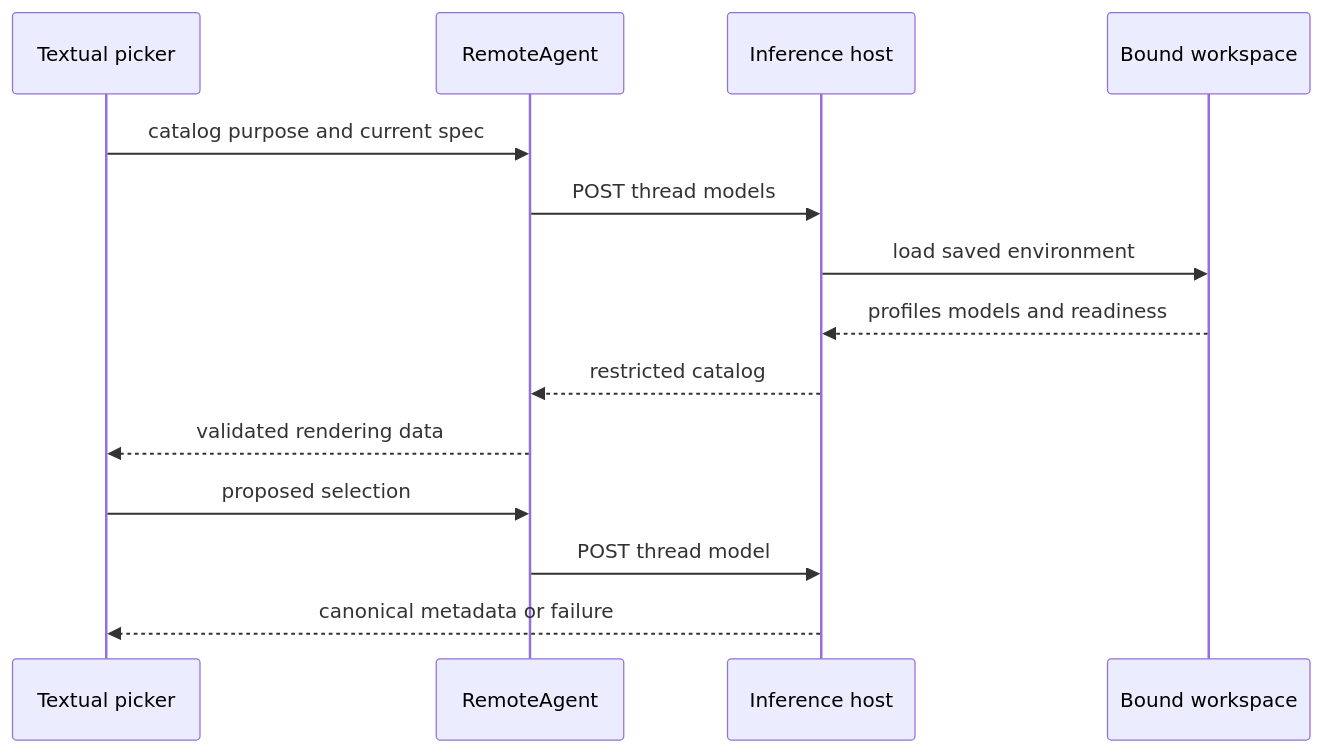
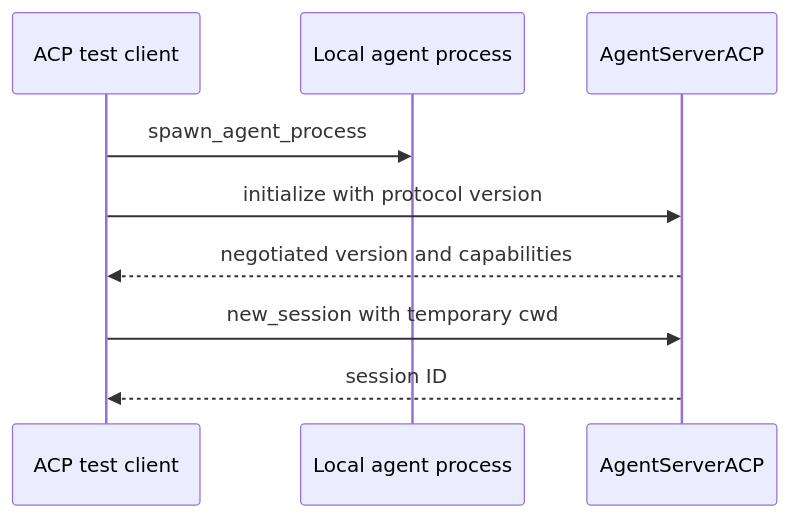
One commit to langchain-ai/deepagents changed the second of 3 diagrams in openwiki/testing/testing-guide.md. Above: the diagram before and after it, drawn with Mermaid. The commit also changed other lines of this file and 22 other files, not shown here.

````diff
--- a/openwiki/testing/testing-guide.md
+++ b/openwiki/testing/testing-guide.md
@@ -111,16 +108,11 @@
 ```mermaid
 sequenceDiagram
-    participant Picker as Textual picker
-    participant Client as RemoteAgent
-    participant Host as Inference host
-    participant Workspace as Bound workspace
-    Picker->>Client: catalog purpose and current spec
-    Client->>Host: POST thread models
-    Host->>Workspace: load saved environment
-    Workspace-->>Host: profiles models and readiness
-    Host-->>Client: restricted catalog
-    Client-->>Picker: validated rendering data
-    Picker->>Client: proposed selection
-    Client->>Host: POST thread model
-    Host-->>Picker: canonical metadata or failure
+    participant Client as ACP test client
+    participant Process as Local agent process
+    participant Server as AgentServerACP
+    Client->>Process: spawn_agent_process
+    Client->>Server: initialize with protocol version
+    Server-->>Client: negotiated version and capabilities
+    Client->>Server: new_session with temporary cwd
+    Server-->>Client: session ID
 ```
````
